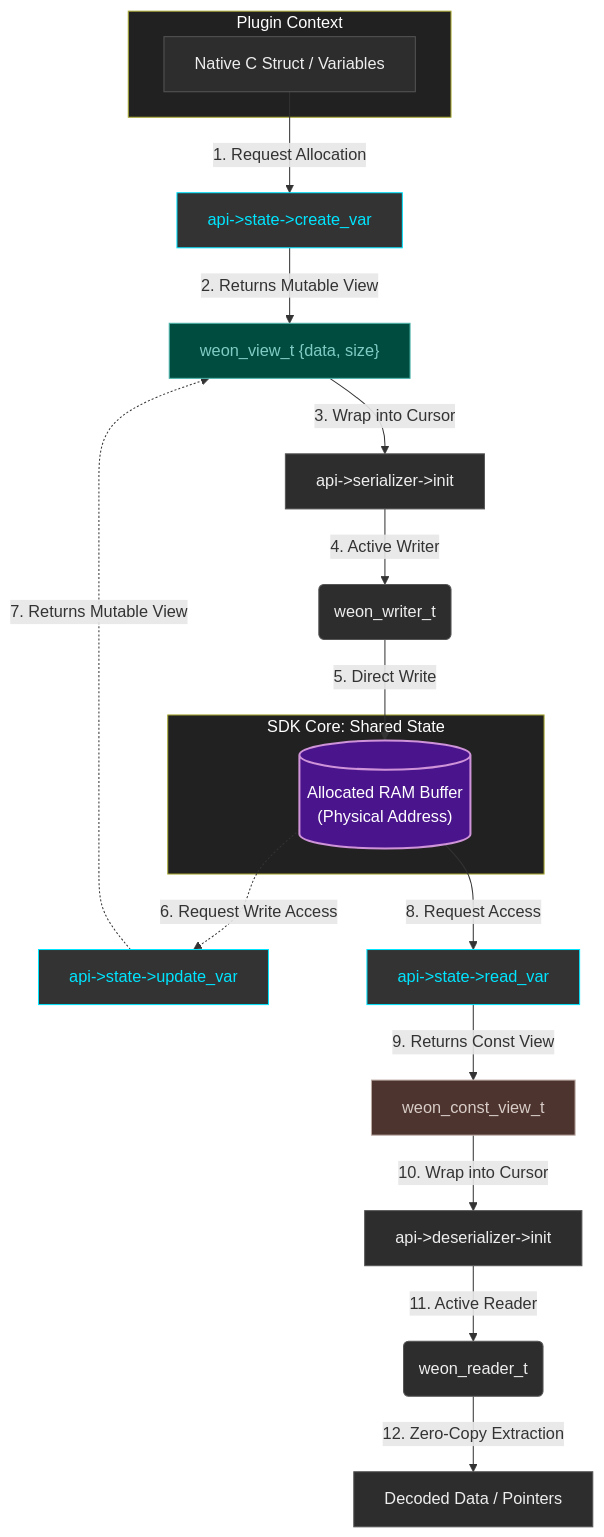
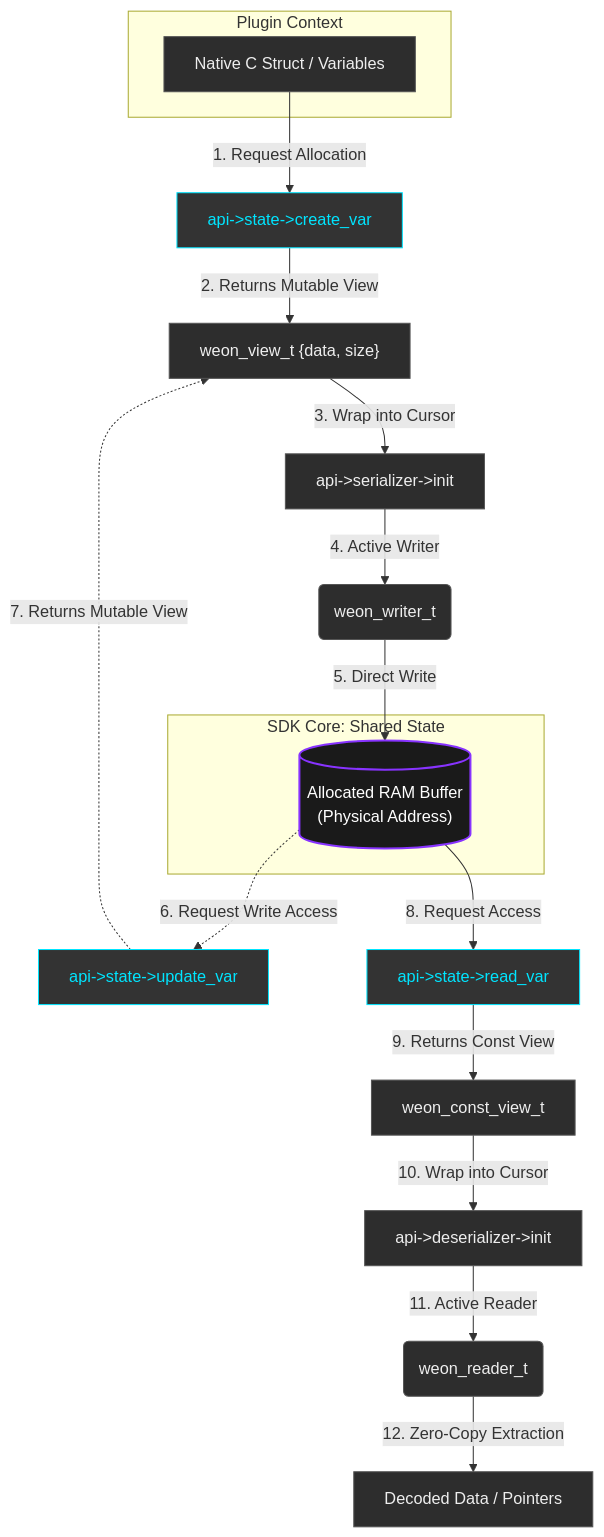
Before and after one commit to btcorporated-a11y/weon-sdk: the third of 4 diagrams in README.md, drawn with Mermaid. The commit also changed other lines of this file and 31 other files, not shown here.

First line of the commit message:
refactor: full SDK internationalization and architecture cleanup

````diff
--- a/README.md
+++ b/README.md
@@ -64,43 +75,32 @@
 ```mermaid
 graph TD
-    %% Общие стили для темной темы
     classDef default fill:#2d2d2d,stroke:#555,color:#eeeeee;
     classDef core fill:#1a1a1a,stroke:#8833ff,stroke-width:2px,color:#ffffff;
     classDef logic fill:#333333,stroke:#00e5ff,color:#00e5ff;
 
     subgraph Plugin_Space [Plugin Context]
         Data[Native C Struct / Variables]
     end
 
     subgraph Core_Memory [SDK Core: Shared State]
         Buffer[("Allocated RAM Buffer<br/>(Physical Address)")]
     end
 
-    %% --- WRITING / CREATION ---
     Data -->|1. Request Allocation| CreateVar[api->state->create_var]
     CreateVar -->|2. Returns Mutable View| View["weon_view_t {data, size}"]
     View -->|3. Wrap into Cursor| InitWriter[api->serializer->init]
     InitWriter -->|4. Active Writer| Writer(weon_writer_t)
     Writer -->|5. Direct Write| Buffer
 
-    %% --- UPDATING ---
     Buffer -.->|6. Request Write Access| UpdateVar[api->state->update_var]
     UpdateVar -.->|7. Returns Mutable View| View 
 
-    %% --- READING ---
     Buffer -->|8. Request Access| ReadVar[api->state->read_var]
     ReadVar -->|9. Returns Const View| CView[weon_const_view_t]
     CView -->|10. Wrap into Cursor| InitReader[api->deserializer->init]
     InitReader -->|11. Active Reader| Reader(weon_reader_t)
     Reader -->|12. Zero-Copy Extraction| Result[Decoded Data / Pointers]
 
-    %% Стилизация
     class Buffer core;
     class CreateVar,UpdateVar,ReadVar logic;
-    
-    style Buffer fill:#4a148c,stroke:#ce93d8,color:#ffffff
-    style View fill:#004d40,stroke:#4db6ac,color:#80cbc4
-    style CView fill:#4e342e,stroke:#bcaaa4,color:#d7ccc8
-    style Plugin_Space fill:#212121,color:#ffffff
-    style Core_Memory fill:#212121,color:#ffffff
 ```
````
